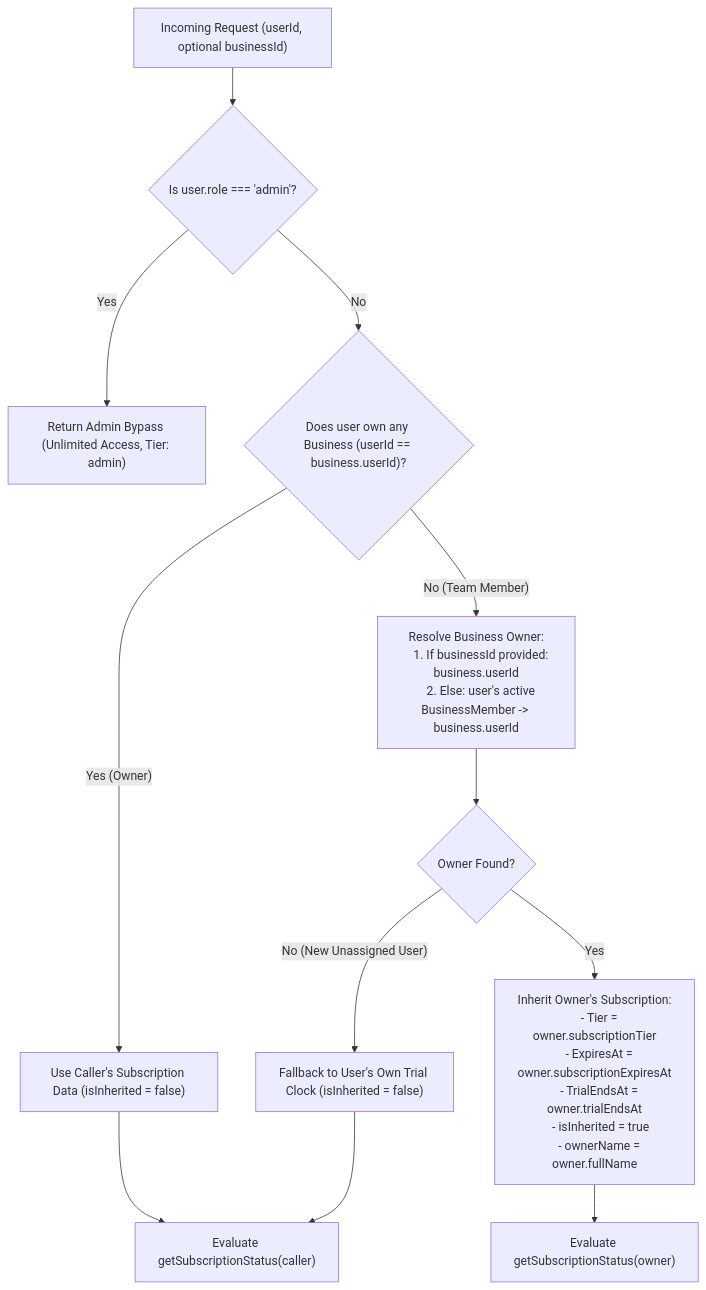
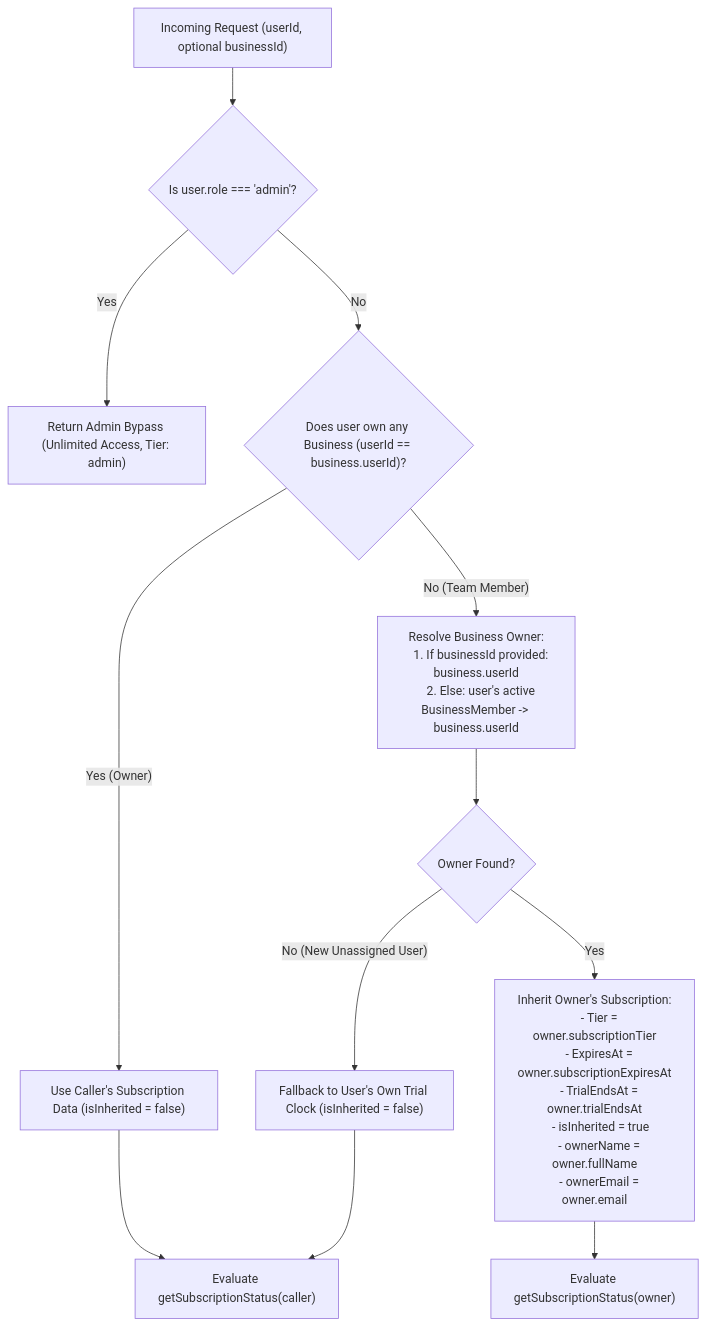
The first of 2 diagrams in subscriptionplan.md (devsilvar/adminWallxerp), drawn with Mermaid before and after one commit. The commit also changed other lines of this file, not shown here.

Commit message:
docs(plan): update subscriptionplan.md with full blueprints for all deductions and notices

````diff
--- a/subscriptionplan.md
+++ b/subscriptionplan.md
@@ -61,25 +90,26 @@
 ```mermaid
 flowchart TD
     Start["Incoming Request (userId, optional businessId)"] --> AdminCheck{"Is user.role === 'admin'?"}
     AdminCheck -- Yes --> AdminReturn["Return Admin Bypass (Unlimited Access, Tier: admin)"]
     AdminCheck -- No --> OwnerCheck{"Does user own any Business (userId == business.userId)?"}
     
     OwnerCheck -- Yes (Owner) --> UseOwn["Use Caller's Subscription Data (isInherited = false)"]
     UseOwn --> EvalStatus["Evaluate getSubscriptionStatus(caller)"]
     
     OwnerCheck -- No (Team Member) --> ResolveOwner["Resolve Business Owner:
     1. If businessId provided: business.userId
     2. Else: user's active BusinessMember -> business.userId"]
     
     ResolveOwner --> OwnerFound{"Owner Found?"}
     OwnerFound -- Yes --> Inherit["Inherit Owner's Subscription:
     - Tier = owner.subscriptionTier
     - ExpiresAt = owner.subscriptionExpiresAt
     - TrialEndsAt = owner.trialEndsAt
     - isInherited = true
-    - ownerName = owner.fullName"]
+    - ownerName = owner.fullName
+    - ownerEmail = owner.email"]
     Inherit --> EvalOwnerStatus["Evaluate getSubscriptionStatus(owner)"]
     
     OwnerFound -- No (New Unassigned User) --> Fallback["Fallback to User's Own Trial Clock (isInherited = false)"]
     Fallback --> EvalStatus
 ```
````
